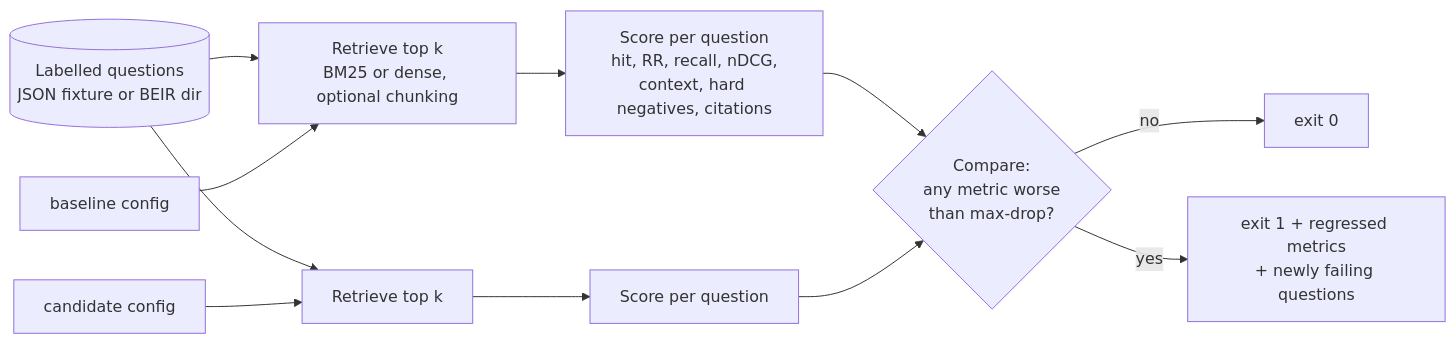
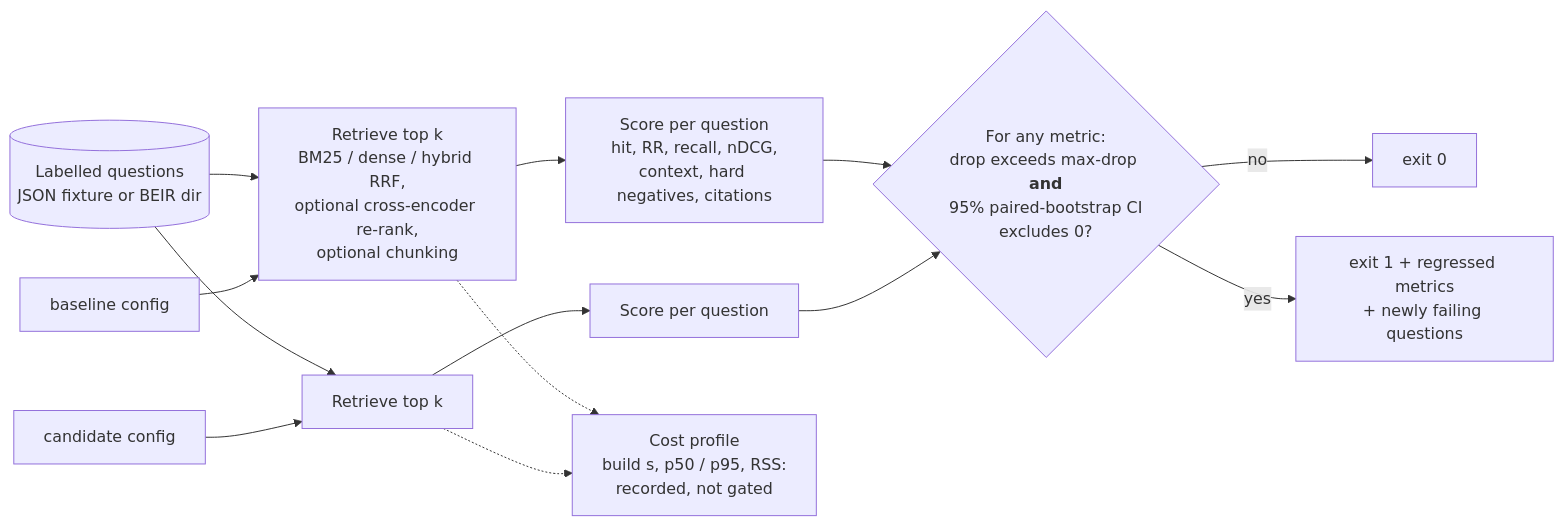
The diagram in README.md (MatthewPaver/rag-retrieval-gate), drawn with Mermaid before and after one commit. The commit also changed other lines of this file and 1 other file, not shown here.

First line of the commit message:
docs: show the bootstrap rule in the diagram and pin install to v0.1.0

````diff
--- a/README.md
+++ b/README.md
@@ -50,13 +52,15 @@
 ```mermaid
 flowchart LR
     D[(Labelled questions<br/>JSON fixture or BEIR dir)] --> R1
     D --> R2
-    B[baseline config] --> R1[Retrieve top k<br/>BM25 or dense, optional chunking]
+    B[baseline config] --> R1[Retrieve top k<br/>BM25 / dense / hybrid RRF,<br/>optional cross-encoder re-rank,<br/>optional chunking]
     C[candidate config] --> R2[Retrieve top k]
     R1 --> S1[Score per question<br/>hit, RR, recall, nDCG,<br/>context, hard negatives, citations]
     R2 --> S2[Score per question]
-    S1 --> G{Compare:<br/>any metric worse<br/>than max-drop?}
+    R1 -.-> K["Cost profile<br/>build s, p50 / p95, RSS:<br/>recorded, not gated"]
+    R2 -.-> K
+    S1 --> G{"For any metric:<br/>drop exceeds max-drop <b>and</b><br/>95% paired-bootstrap CI<br/>excludes 0?"}
     S2 --> G
     G -- no --> P[exit 0]
     G -- yes --> F[exit 1 + regressed metrics<br/>+ newly failing questions]
 ```
````
